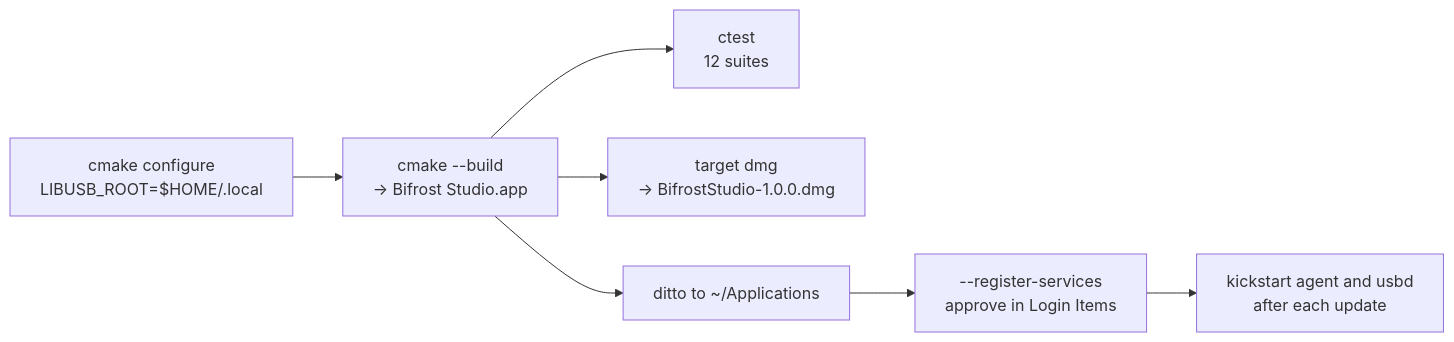
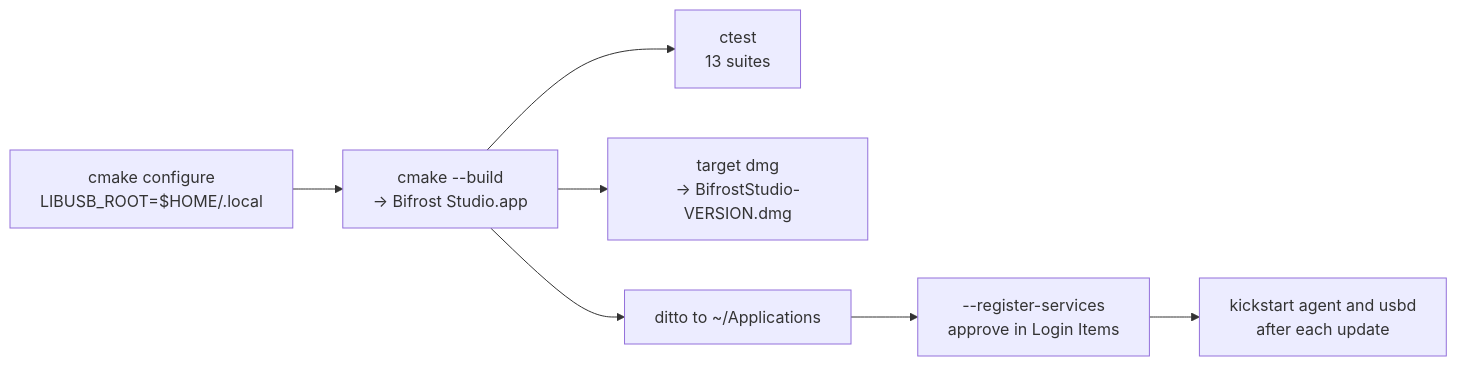
The diagram in docs/build-and-install.md (sritulasiram/bifrost-studio), drawn with Mermaid before and after one commit. The commit also changed other lines of this file and 98 other files, not shown here.

````diff
--- a/docs/build-and-install.md
+++ b/docs/build-and-install.md
@@ -5,9 +5,9 @@
 ```mermaid
 flowchart LR
     C[cmake configure<br/>LIBUSB_ROOT=$HOME/.local] --> B[cmake --build<br/>-> Bifrost Studio.app]
-    B --> T[ctest<br/>12 suites]
-    B --> D[target dmg<br/>-> BifrostStudio-1.0.0.dmg]
+    B --> T[ctest<br/>13 suites]
+    B --> D[target dmg<br/>-> BifrostStudio-VERSION.dmg]
     B --> I[ditto to ~/Applications]
     I --> R[--register-services<br/>approve in Login Items]
     R --> K[kickstart agent and usbd<br/>after each update]
 ```
````
